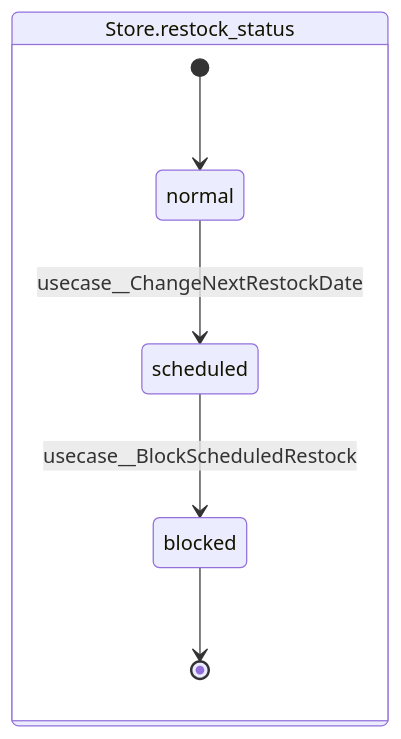
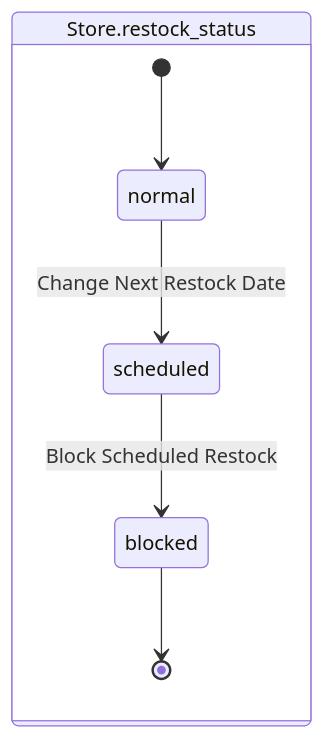
The diagram in samples/incremental-order/step-5-lifecycle/out/state.mmd (manji-0/rdra-ish-dsl), drawn with Mermaid before and after one commit. The commit also changed 17 other files, not shown here.

```diff
--- a/samples/incremental-order/step-5-lifecycle/out/state.mmd
+++ b/samples/incremental-order/step-5-lifecycle/out/state.mmd
@@ -1,13 +1,15 @@
 %% rdra-ish diagram=state scope=whole model=samples/incremental-order/step-5-lifecycle/src
 %% kinds: statemodel state usecase
 %% omitted: (none)
 stateDiagram-v2
   state "Store.restock_status" as statemodel__Store_restock_status {
     [*] --> state__Store_normal
     state "normal" as state__Store_normal
     state "scheduled" as state__Store_scheduled
     state "blocked" as state__Store_blocked
-    state__Store_normal --> state__Store_scheduled : usecase__ChangeNextRestockDate
-    state__Store_scheduled --> state__Store_blocked : usecase__BlockScheduledRestock
+    %% transition usecase__ChangeNextRestockDate
+    state__Store_normal --> state__Store_scheduled : Change Next Restock Date
+    %% transition usecase__BlockScheduledRestock
+    state__Store_scheduled --> state__Store_blocked : Block Scheduled Restock
     state__Store_blocked --> [*]
   }
```
